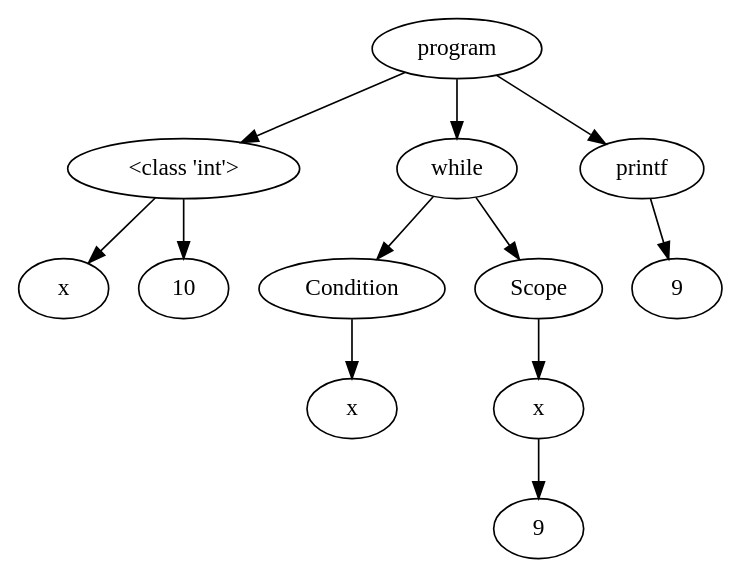
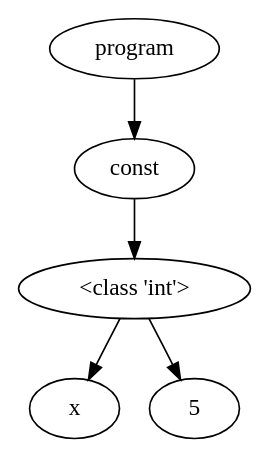
The diagram in OutputFiles/dotVisualization.dot (NielsVandenBroeck/COMP_Compiler), drawn with Graphviz before and after one commit. The commit also changed 1 other file, not shown here.

Commit message:
const fix

```diff
--- a/OutputFiles/dotVisualization.dot
+++ b/OutputFiles/dotVisualization.dot
@@ -1,31 +1,13 @@
 digraph G { 
-"<AST.AST object at 0x0000012A14D8A760> (0)"[label="program"]
-"<AST.ASTDataType object at 0x0000012A14D91130> (1)"[label="<class 'int'>"]
-"<AST.AST object at 0x0000012A14D8A760> (0)"->"<AST.ASTDataType object at 0x0000012A14D91130> (1)"
-"<AST.ASTDataType object at 0x0000012A14D91130> (1)"[label="<class 'int'>"]
-"<AST.ASTVariable object at 0x0000012A14D8A550> (2)"[label="x"]
-"<AST.ASTDataType object at 0x0000012A14D91130> (1)"->"<AST.ASTVariable object at 0x0000012A14D8A550> (2)"
-"<AST.AST object at 0x0000012A14D91550> (2)"[label="10"]
-"<AST.ASTDataType object at 0x0000012A14D91130> (1)"->"<AST.AST object at 0x0000012A14D91550> (2)"
-"<AST.ASTWhile object at 0x0000012A14D91160> (1)"[label="while"]
-"<AST.AST object at 0x0000012A14D8A760> (0)"->"<AST.ASTWhile object at 0x0000012A14D91160> (1)"
-"<AST.ASTWhile object at 0x0000012A14D91160> (1)"[label="while"]
-"<AST.ASTCondition object at 0x0000012A14D91880> (2)"[label="Condition"]
-"<AST.ASTWhile object at 0x0000012A14D91160> (1)"->"<AST.ASTCondition object at 0x0000012A14D91880> (2)"
-"<AST.ASTCondition object at 0x0000012A14D91880> (2)"[label="Condition"]
-"<AST.ASTVariable object at 0x0000012A14D91730> (3)"[label="x"]
-"<AST.ASTCondition object at 0x0000012A14D91880> (2)"->"<AST.ASTVariable object at 0x0000012A14D91730> (3)"
-"<AST.ASTScope object at 0x0000012A14D91970> (2)"[label="Scope"]
-"<AST.ASTWhile object at 0x0000012A14D91160> (1)"->"<AST.ASTScope object at 0x0000012A14D91970> (2)"
-"<AST.ASTScope object at 0x0000012A14D91970> (2)"[label="Scope"]
-"<AST.ASTVariable object at 0x0000012A14D918E0> (3)"[label="x"]
-"<AST.ASTScope object at 0x0000012A14D91970> (2)"->"<AST.ASTVariable object at 0x0000012A14D918E0> (3)"
-"<AST.ASTVariable object at 0x0000012A14D918E0> (3)"[label="x"]
-"<AST.AST object at 0x0000012A14D91700> (4)"[label="9"]
-"<AST.ASTVariable object at 0x0000012A14D918E0> (3)"->"<AST.AST object at 0x0000012A14D91700> (4)"
-"<AST.ASTPrintf object at 0x0000012A14D91340> (1)"[label="printf"]
-"<AST.AST object at 0x0000012A14D8A760> (0)"->"<AST.ASTPrintf object at 0x0000012A14D91340> (1)"
-"<AST.ASTPrintf object at 0x0000012A14D91340> (1)"[label="printf"]
-"<AST.ASTVariable object at 0x0000012A14D910A0> (2)"[label="9"]
-"<AST.ASTPrintf object at 0x0000012A14D91340> (1)"->"<AST.ASTVariable object at 0x0000012A14D910A0> (2)"
+"<AST.AST object at 0x0000021E67F50880> (0)"[label="program"]
+"<AST.ASTConst object at 0x0000021E67F50E20> (1)"[label="const"]
+"<AST.AST object at 0x0000021E67F50880> (0)"->"<AST.ASTConst object at 0x0000021E67F50E20> (1)"
+"<AST.ASTConst object at 0x0000021E67F50E20> (1)"[label="const"]
+"<AST.ASTDataType object at 0x0000021E67F500D0> (2)"[label="<class 'int'>"]
+"<AST.ASTConst object at 0x0000021E67F50E20> (1)"->"<AST.ASTDataType object at 0x0000021E67F500D0> (2)"
+"<AST.ASTDataType object at 0x0000021E67F500D0> (2)"[label="<class 'int'>"]
+"<AST.ASTVariable object at 0x0000021E67F50D60> (3)"[label="x"]
+"<AST.ASTDataType object at 0x0000021E67F500D0> (2)"->"<AST.ASTVariable object at 0x0000021E67F50D60> (3)"
+"<AST.AST object at 0x0000021E67F50CA0> (3)"[label="5"]
+"<AST.ASTDataType object at 0x0000021E67F500D0> (2)"->"<AST.AST object at 0x0000021E67F50CA0> (3)"
 }
```
